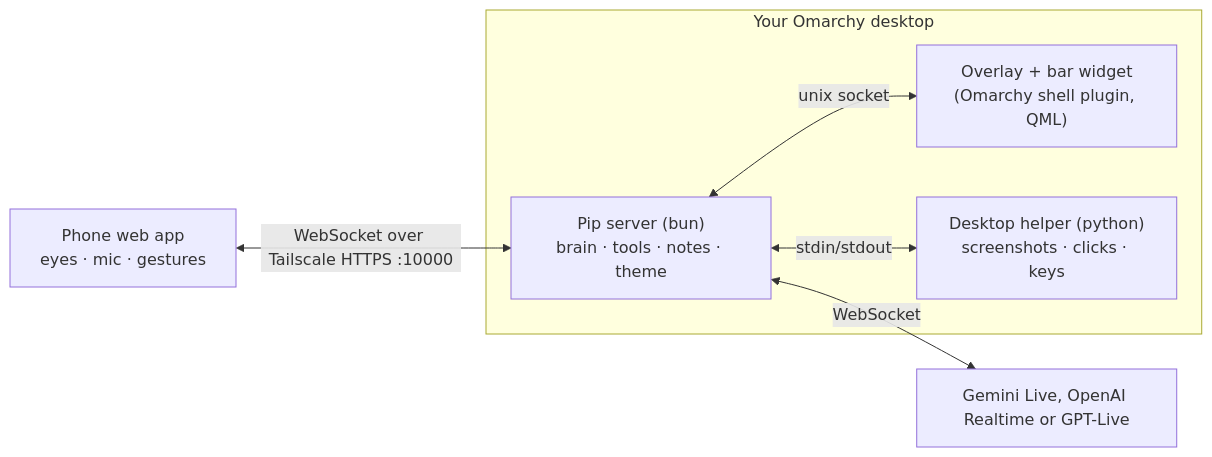
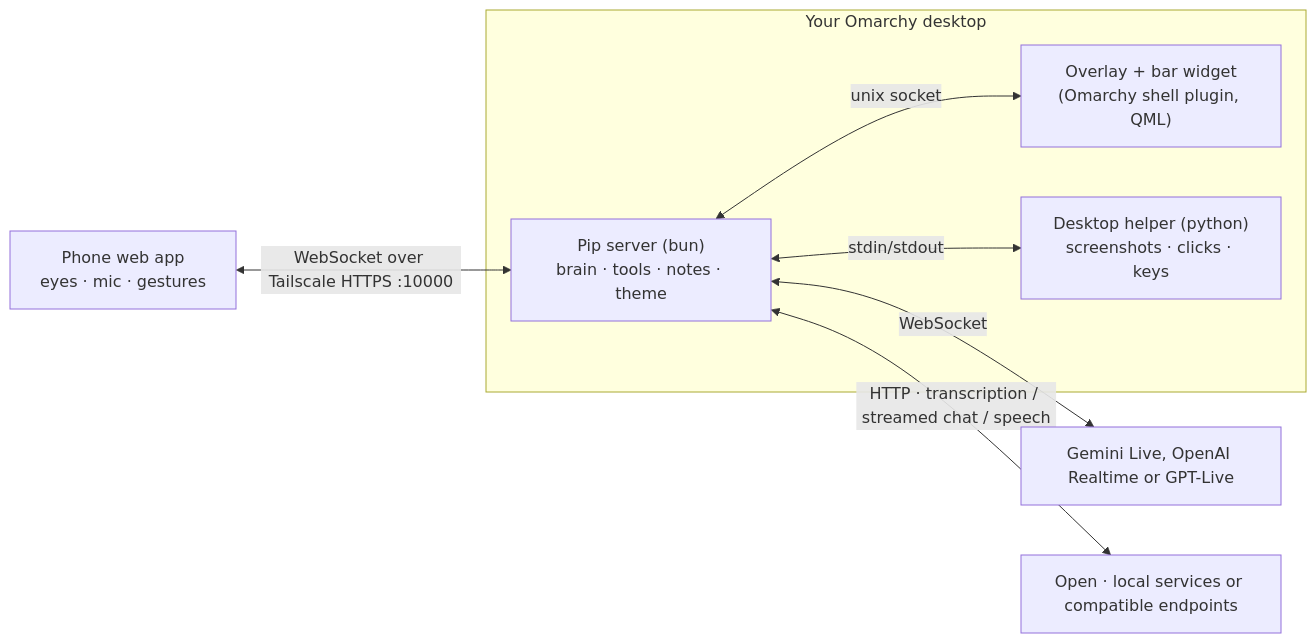
One commit to baileyrosen3/pip changed the diagram in README.md. Above: the diagram before and after it, drawn with Mermaid. The commit also changed other lines of this file and 16 other files, not shown here.

First line of the commit message:
Add free Open brain with local turns and compatible endpoints

````diff
--- a/README.md
+++ b/README.md
@@ -292,12 +344,13 @@
 ```mermaid
 flowchart LR
   P["Phone web app<br/>eyes · mic · gestures"] <-->|"WebSocket over Tailscale HTTPS :10000"| S
   subgraph D["Your Omarchy desktop"]
     S["Pip server (bun)<br/>brain · tools · notes · theme"]
     O["Overlay + bar widget<br/>(Omarchy shell plugin, QML)"]
     H["Desktop helper (python)<br/>screenshots · clicks · keys"]
     S <-->|unix socket| O
     S <-->|stdin/stdout| H
   end
   S <-->|"WebSocket"| A["Gemini Live, OpenAI Realtime or GPT-Live"]
+  S <-->|"HTTP · transcription / streamed chat / speech"| L["Open · local services or compatible endpoints"]
 ```
````
